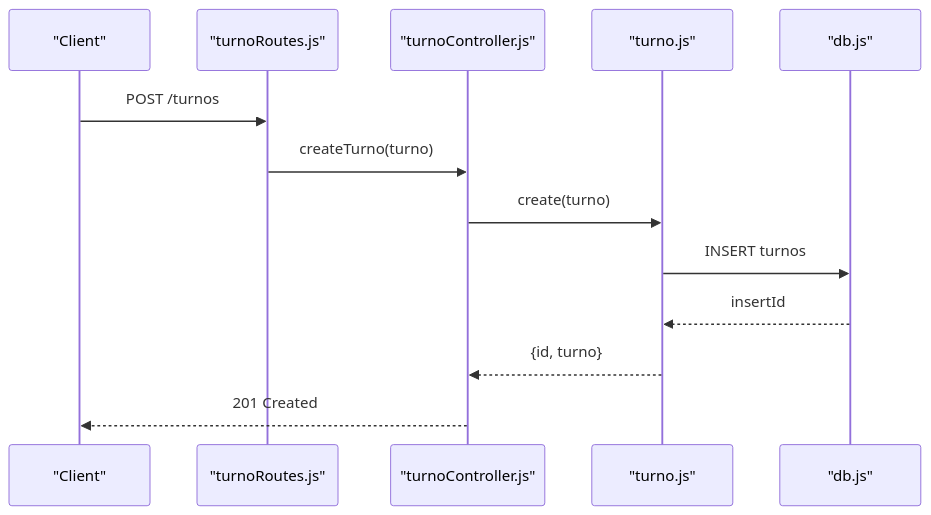
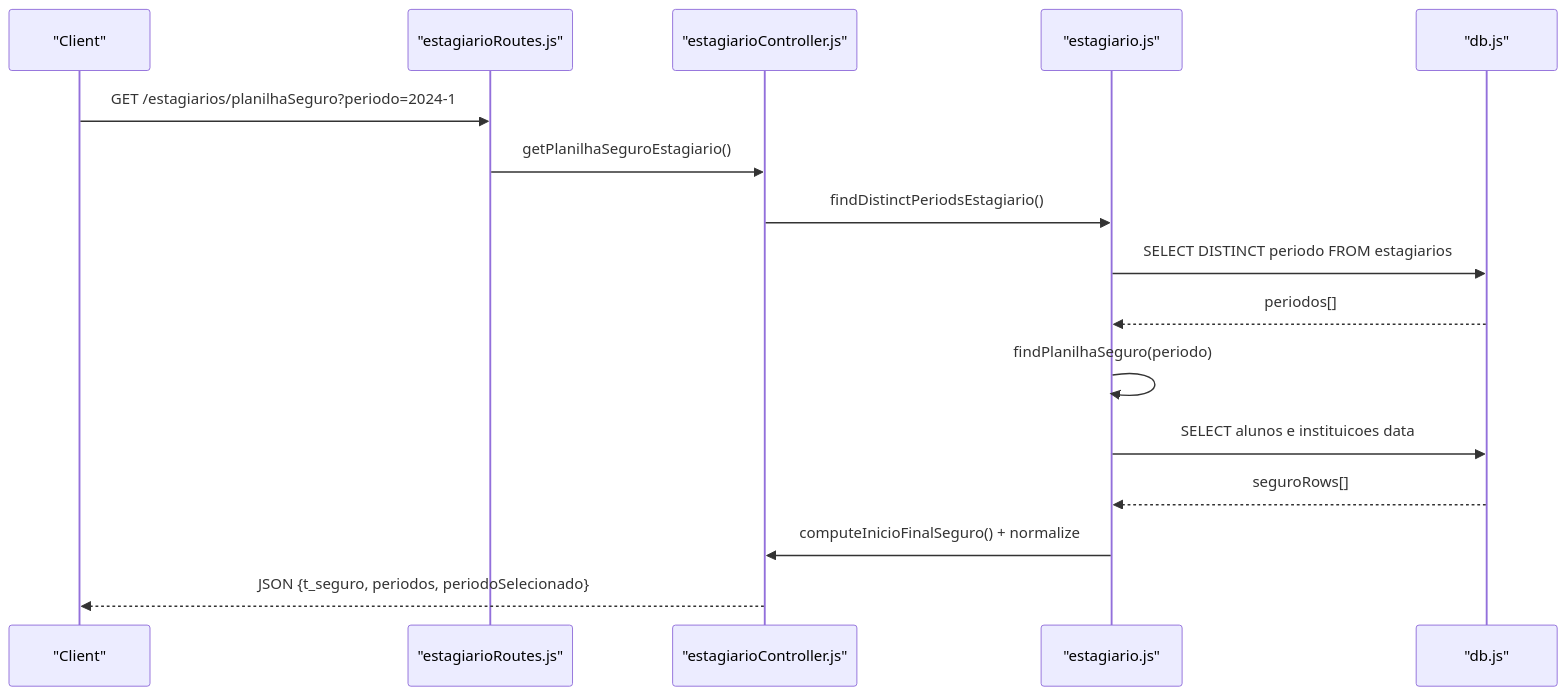
The second of 4 diagrams in .qoder/repowiki/en/content/Data Models & Database Design/Student & Internship Models.md (luiseduacosta/nodemural), drawn with Mermaid before and after one commit. The commit also changed other lines of this file and 30 other files, not shown here.

Commit message:
Update tables schema.

````diff
--- a/.qoder/repowiki/en/content/Data Models & Database Design/Student & Internship Models.md
+++ b/.qoder/repowiki/en/content/Data Models & Database Design/Student & Internship Models.md
@@ -191,15 +204,18 @@
 ```mermaid
 sequenceDiagram
 participant Client as "Client"
-participant Router as "turnoRoutes.js"
-participant Ctrl as "turnoController.js"
-participant Model as "turno.js"
+participant Router as "estagiarioRoutes.js"
+participant Ctrl as "estagiarioController.js"
+participant Model as "estagiario.js"
 participant DB as "db.js"
-Client->>Router : POST /turnos
-Router->>Ctrl : createTurno(turno)
-Ctrl->>Model : create(turno)
-Model->>DB : INSERT turnos
-DB-->>Model : insertId
-Model-->>Ctrl : {id, turno}
-Ctrl-->>Client : 201 Created
+Client->>Router : GET /estagiarios/planilhaSeguro?periodo=2024-1
+Router->>Ctrl : getPlanilhaSeguroEstagiario()
+Ctrl->>Model : findDistinctPeriodsEstagiario()
+Model->>DB : SELECT DISTINCT periodo FROM estagiarios
+DB-->>Model : periodos[]
+Model->>Model : findPlanilhaSeguro(periodo)
+Model->>DB : SELECT alunos e instituicoes data
+DB-->>Model : seguroRows[]
+Model->>Ctrl : computeInicioFinalSeguro() + normalize
+Ctrl-->>Client : JSON {t_seguro, periodos, periodoSelecionado}
 ```
````
